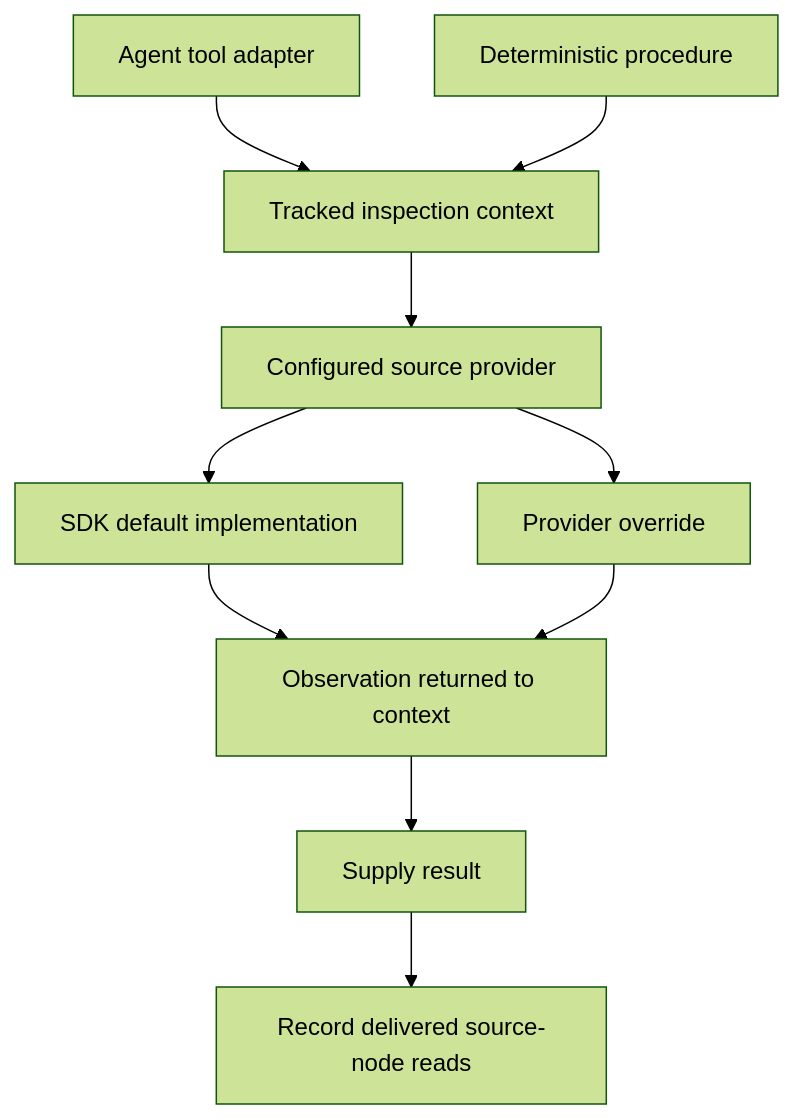
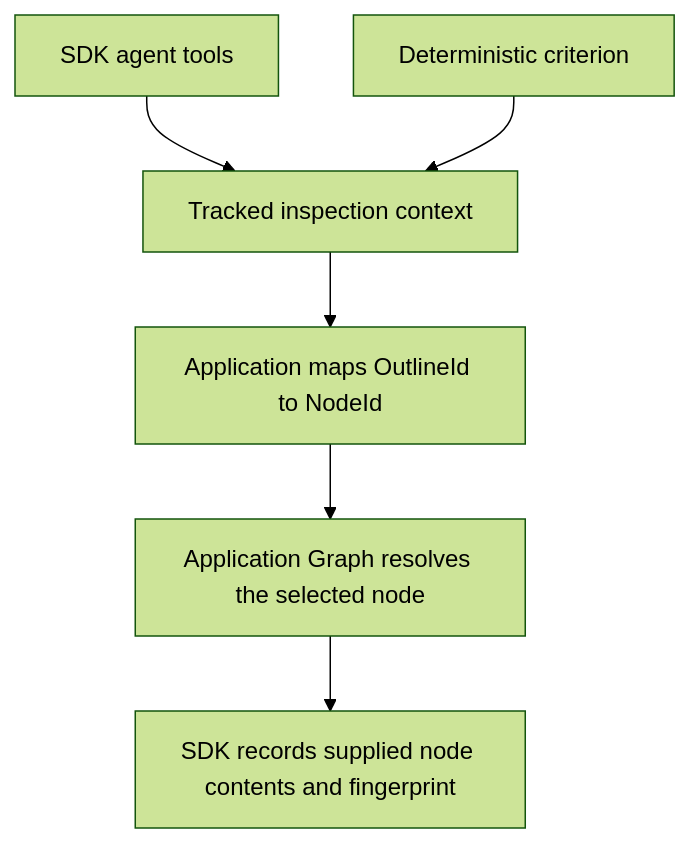
One commit to nikomatsakis/habeas-codicem changed the second of 2 diagrams in md/requirements/sdk/sources.md. Above: the diagram before and after it, drawn with Mermaid (forest theme). The commit also changed other lines of this file and 38 other files, not shown here.

````diff
--- a/md/requirements/sdk/sources.md
+++ b/md/requirements/sdk/sources.md
@@ -342,12 +310,8 @@
 ```mermaid
 flowchart TD
-    Agent["Agent tool adapter"] --> Context["Tracked inspection context"]
-    Code["Deterministic procedure"] --> Context
-    Context --> Provider["Configured source provider"]
-    Provider --> Default["SDK default implementation"]
-    Provider --> Custom["Provider override"]
-    Default --> Result["Observation returned to context"]
-    Custom --> Result
-    Result --> Return["Supply result"]
-    Return --> Record["Record delivered source-node reads"]
+    Agent["SDK agent tools"] --> Context["Tracked inspection context"]
+    Code["Deterministic criterion"] --> Context
+    Context --> Mapping["Application maps OutlineId to NodeId"]
+    Mapping --> Graph["Application Graph resolves the selected node"]
+    Graph --> Trace["SDK records supplied node contents and fingerprint"]
 ```
````
